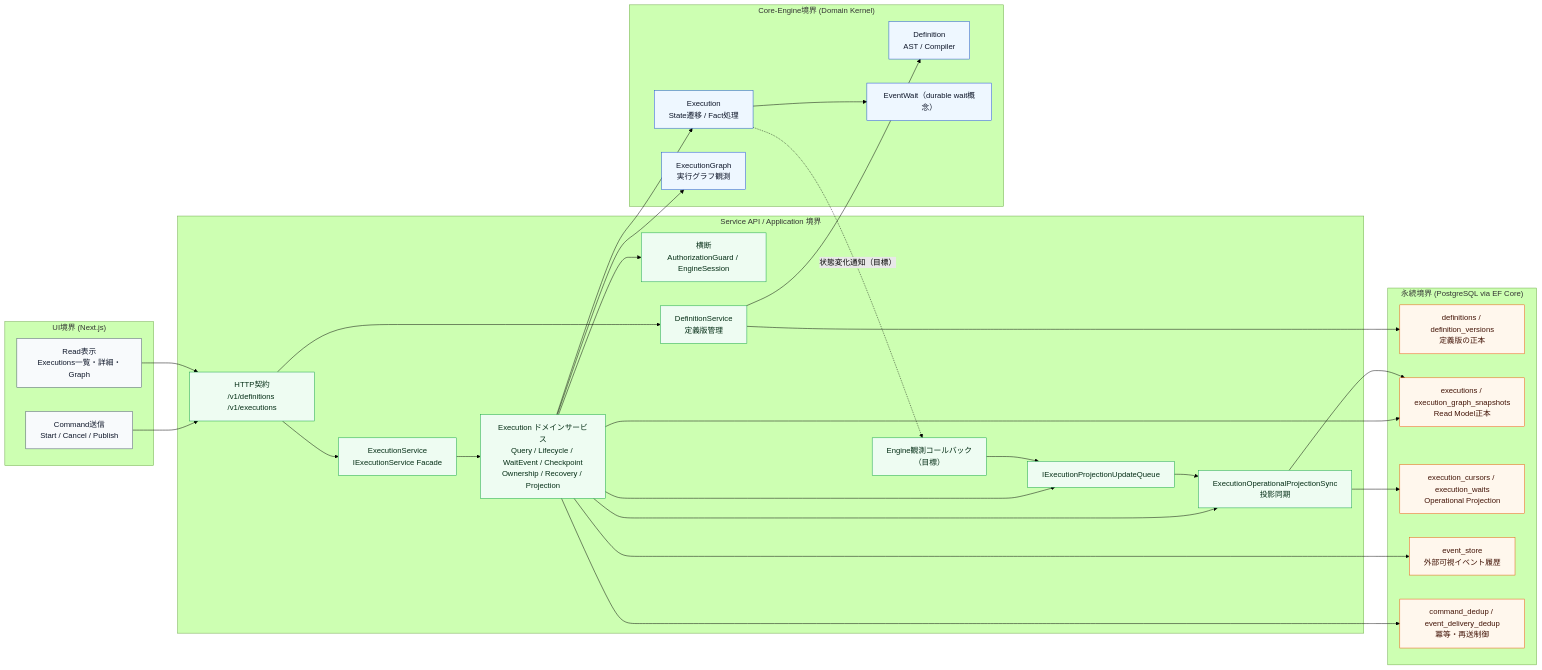
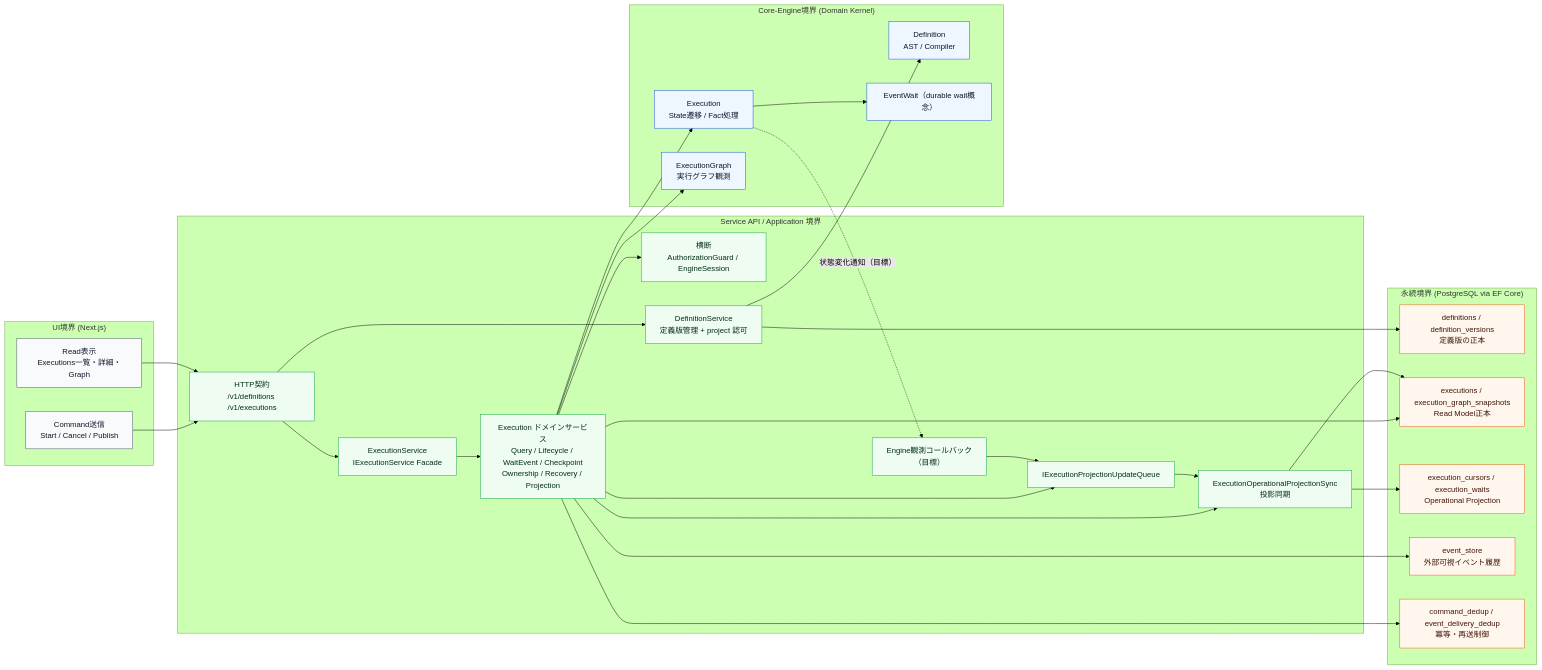
The diagram in docs/architecture/domain-model-boundaries.md (MichiharuShiba/statevia), drawn with Mermaid (forest theme) before and after one commit. The commit also changed other lines of this file and 13 other files, not shown here.

Commit message:
Definition の project 認可をユースケースへ引き上げ、Repository を Infrastructure の素の永続化に揃える。

````diff
--- a/docs/architecture/domain-model-boundaries.md
+++ b/docs/architecture/domain-model-boundaries.md
@@ -20,68 +22,68 @@
 ```mermaid
 flowchart LR
   classDef domain fill:#eef7ff,stroke:#1d4ed8,stroke-width:1px,color:#0f172a;
   classDef integration fill:#eefcf2,stroke:#16a34a,stroke-width:1px,color:#052e16;
   classDef storage fill:#fff7ed,stroke:#ea580c,stroke-width:1px,color:#431407;
   classDef external fill:#f8fafc,stroke:#475569,stroke-width:1px,color:#0f172a;
 
   subgraph UI["UI境界 (Next.js)"]
     UICommand["Command送信<br/>Start / Cancel / Publish"]
     UIQuery["Read表示<br/>Executions一覧・詳細・Graph"]
   end
 
   subgraph API["Service API / Application 境界"]
     ApiContract["HTTP契約<br/>/v1/definitions /v1/executions"]
     Facade["ExecutionService<br/>IExecutionService Facade"]
     ExecDomains["Execution ドメインサービス<br/>Query / Lifecycle / WaitEvent / Checkpoint<br/>Ownership / Recovery / Projection"]
     CrossCut["横断<br/>AuthorizationGuard / EngineSession"]
     ProjectionSync["ExecutionOperationalProjectionSync<br/>投影同期"]
     ProjectionQueue["IExecutionProjectionUpdateQueue"]
     EngineCallback["Engine観測コールバック<br/>（目標）"]
-    DefinitionService["DefinitionService<br/>定義版管理"]
+    DefinitionService["DefinitionService<br/>定義版管理 + project 認可"]
   end
 
   subgraph Engine["Core-Engine境界 (Domain Kernel)"]
     DefinitionModel["Definition<br/>AST / Compiler"]
     ExecutionModel["Execution<br/>State遷移 / Fact処理"]
     GraphModel["ExecutionGraph<br/>実行グラフ観測"]
     WaitModel["EventWait（durable wait概念）"]
   end
 
   subgraph DB["永続境界 (PostgreSQL via EF Core)"]
     DefinitionTables["definitions / definition_versions<br/>定義版の正本"]
     ExecutionTables["executions / execution_graph_snapshots<br/>Read Model正本"]
     CursorTables["execution_cursors / execution_waits<br/>Operational Projection"]
     EventStore["event_store<br/>外部可視イベント履歴"]
     Dedup["command_dedup / event_delivery_dedup<br/>冪等・再送制御"]
   end
 
   UICommand --> ApiContract
   UIQuery --> ApiContract
 
   ApiContract --> Facade
   ApiContract --> DefinitionService
   Facade --> ExecDomains
   ExecDomains --> CrossCut
   ExecDomains --> ExecutionModel
   ExecDomains --> GraphModel
   ExecDomains --> ProjectionQueue
   ExecDomains --> ProjectionSync
   DefinitionService --> DefinitionModel
 
   DefinitionService --> DefinitionTables
   ExecDomains --> ExecutionTables
   ProjectionSync --> ExecutionTables
   ProjectionSync --> CursorTables
   ExecDomains --> EventStore
   ExecDomains --> Dedup
 
   ExecutionModel --> WaitModel
   ExecutionModel -.状態変化通知（目標）.-> EngineCallback
   EngineCallback --> ProjectionQueue
   ProjectionQueue --> ProjectionSync
 
   class DefinitionModel,ExecutionModel,GraphModel,WaitModel domain;
   class Facade,ExecDomains,CrossCut,ProjectionSync,EngineCallback,ProjectionQueue,DefinitionService,ApiContract integration;
   class DefinitionTables,ExecutionTables,CursorTables,EventStore,Dedup storage;
   class UICommand,UIQuery external;
 ```
````
